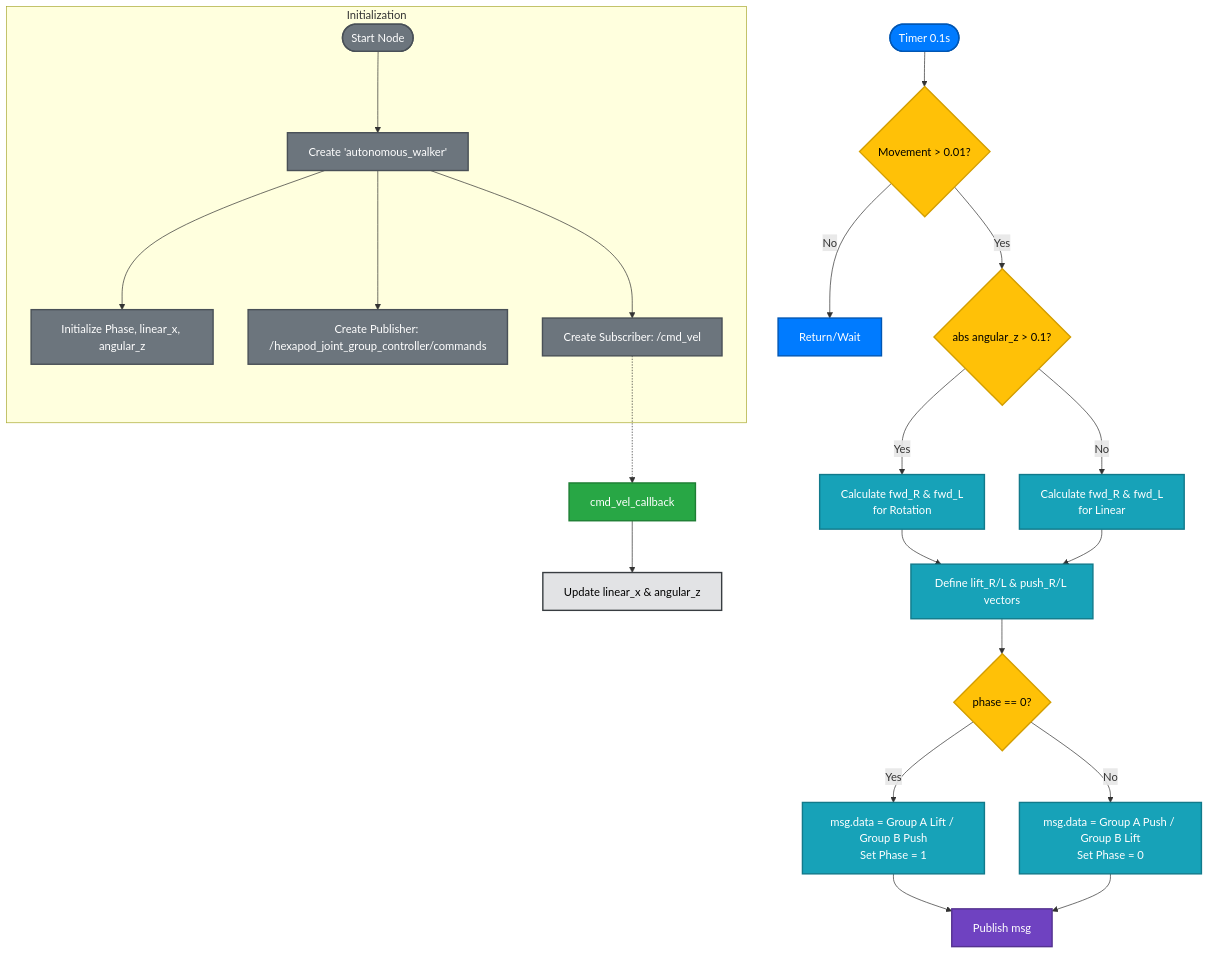
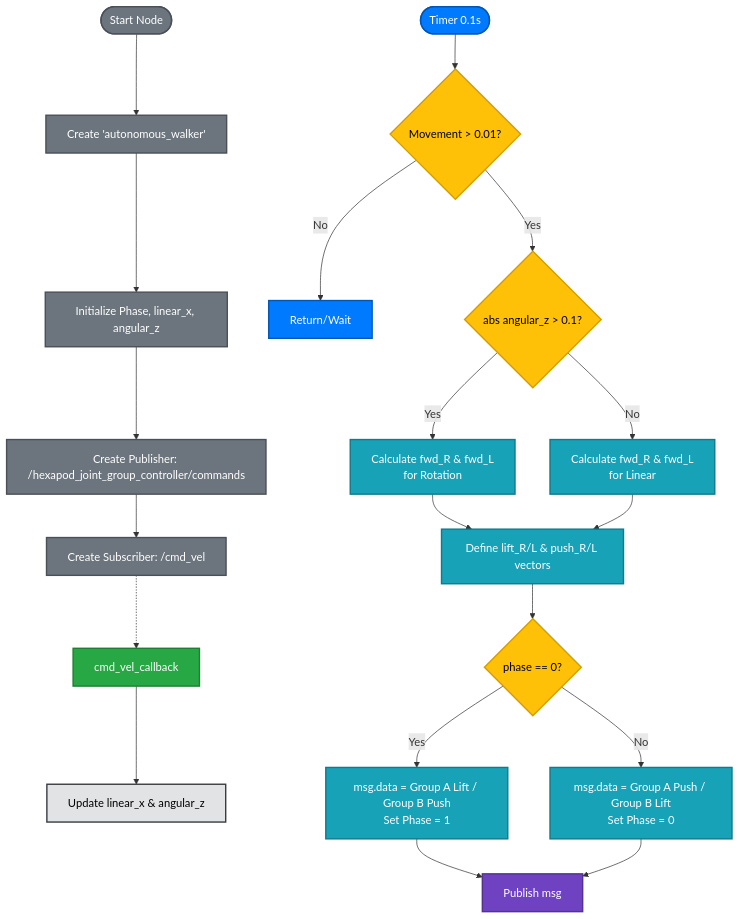
One commit to harunberke19/ROSpiderV02 changed the diagram in docs/WalkerFlowchart.md. Above: the diagram before and after it, drawn with Mermaid.

Commit message:
Update flowchart syntax and structure in documentation

````diff
--- a/docs/WalkerFlowchart.md
+++ b/docs/WalkerFlowchart.md
@@ -1,46 +1,44 @@
 ```mermaid
-graph TD
+flowchart TD
     %% Node Initialization
-    subgraph Initialization
-        Start([Start Node]):::init --> NodeInit[Create 'autonomous_walker']:::init
-        NodeInit --> Setup[Initialize Phase, linear_x, angular_z]:::init
-        NodeInit --> PubObj[Create Publisher: /hexapod_joint_group_controller/commands]:::init
-        NodeInit --> SubObj[Create Subscriber: /cmd_vel]:::init
-    end
+    Start([Start Node]):::init --> NodeInit[Create 'autonomous_walker']:::init
+    NodeInit --> Setup[Initialize Phase, linear_x, angular_z]:::init
+    Setup --> PubObj[Create Publisher: /hexapod_joint_group_controller/commands]:::init
+    PubObj --> SubObj[Create Subscriber: /cmd_vel]:::init
 
     %% Data Flow / Callbacks
     SubObj -.-> Callback[cmd_vel_callback]:::callback
     Callback --> UpdateData[Update linear_x & angular_z]:::data
 
     %% Processing Loop
     Timer([Timer 0.1s]):::process --> CheckMove{Movement > 0.01?}:::decision
     
     CheckMove -- No --> Idle[Return/Wait]:::process
     
     CheckMove -- Yes --> CalcDir{abs angular_z > 0.1?}:::decision
 
     %% Directional Math Logic
     CalcDir -- Yes --> RotLogic[Calculate fwd_R & fwd_L<br/>for Rotation]:::algorithm
     CalcDir -- No --> LinLogic[Calculate fwd_R & fwd_L<br/>for Linear]:::algorithm
     
     RotLogic --> JointCalc[Define lift_R/L & push_R/L vectors]:::algorithm
     LinLogic --> JointCalc
 
     %% Tripod Gait Phase Logic
     JointCalc --> PhaseCheck{phase == 0?}:::decision
     
     PhaseCheck -- Yes --> SetP1[msg.data = Group A Lift / Group B Push<br/>Set Phase = 1]:::algorithm
     PhaseCheck -- No --> SetP0[msg.data = Group A Push / Group B Lift<br/>Set Phase = 0]:::algorithm
 
     SetP1 --> Send[Publish msg]:::publish
     SetP0 --> Send
 
     %% Class Definitions
     classDef init fill:#6c757d,stroke:#495057,stroke-width:2px,color:#fff;
     classDef callback fill:#28a745,stroke:#1e7e34,stroke-width:2px,color:#fff;
     classDef process fill:#007bff,stroke:#0056b3,stroke-width:2px,color:#fff;
     classDef algorithm fill:#17a2b8,stroke:#117a8b,stroke-width:2px,color:#fff;
     classDef decision fill:#ffc107,stroke:#d39e00,stroke-width:2px,color:#000;
     classDef publish fill:#6f42c1,stroke:#543290,stroke-width:2px,color:#fff;
     classDef data fill:#e2e3e5,stroke:#383d41,stroke-width:2px,color:#000;
 ```
````
